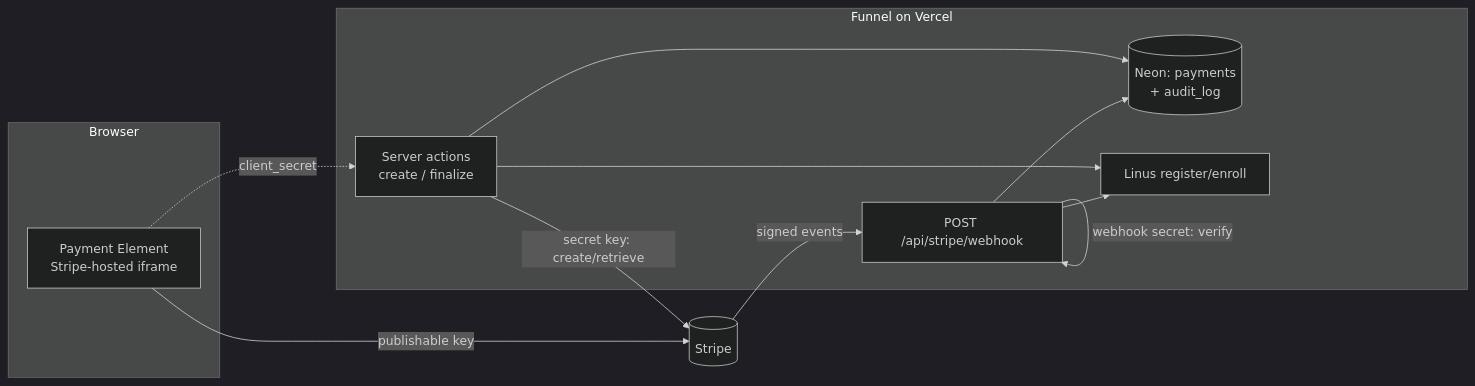
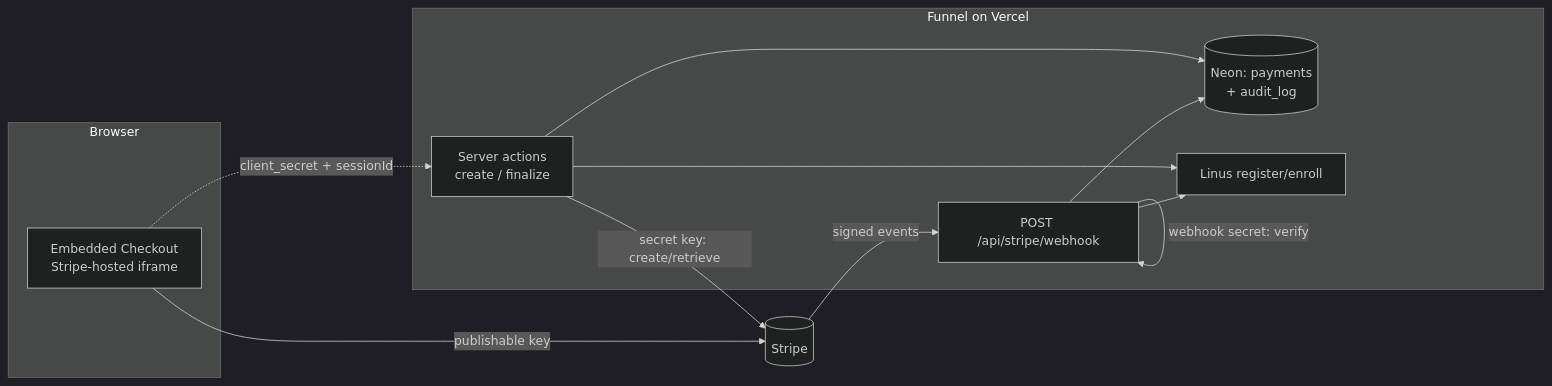
One commit to dbates-commits/primary-brain-health changed the first of 4 diagrams in docs/sow2/technical/stripe-integration-reference.md. Above: the diagram before and after it, drawn with Mermaid (dark theme). The commit also changed other lines of this file and 1 other file, not shown here.

First line of the commit message:
docs(funnel): update Stripe docs for Embedded Checkout

````diff
--- a/docs/sow2/technical/stripe-integration-reference.md
+++ b/docs/sow2/technical/stripe-integration-reference.md
@@ -87,23 +89,23 @@
 ```mermaid
 flowchart LR
     subgraph Browser
-        PE[Payment Element<br/>Stripe-hosted iframe]
+        PE[Embedded Checkout<br/>Stripe-hosted iframe]
     end
     subgraph Funnel[Funnel on Vercel]
         SA[Server actions<br/>create / finalize]
         WH[POST /api/stripe/webhook]
         DB[(Neon: payments<br/>+ audit_log)]
         LN[Linus register/enroll]
     end
     Stripe[(Stripe)]
 
     PE -->|publishable key| Stripe
     SA -->|secret key: create/retrieve| Stripe
     Stripe -->|signed events| WH
     WH -->|webhook secret: verify| WH
     SA --> DB
     WH --> DB
     SA --> LN
     WH --> LN
-    PE -.client_secret.-> SA
+    PE -.client_secret + sessionId.-> SA
 ```
````
